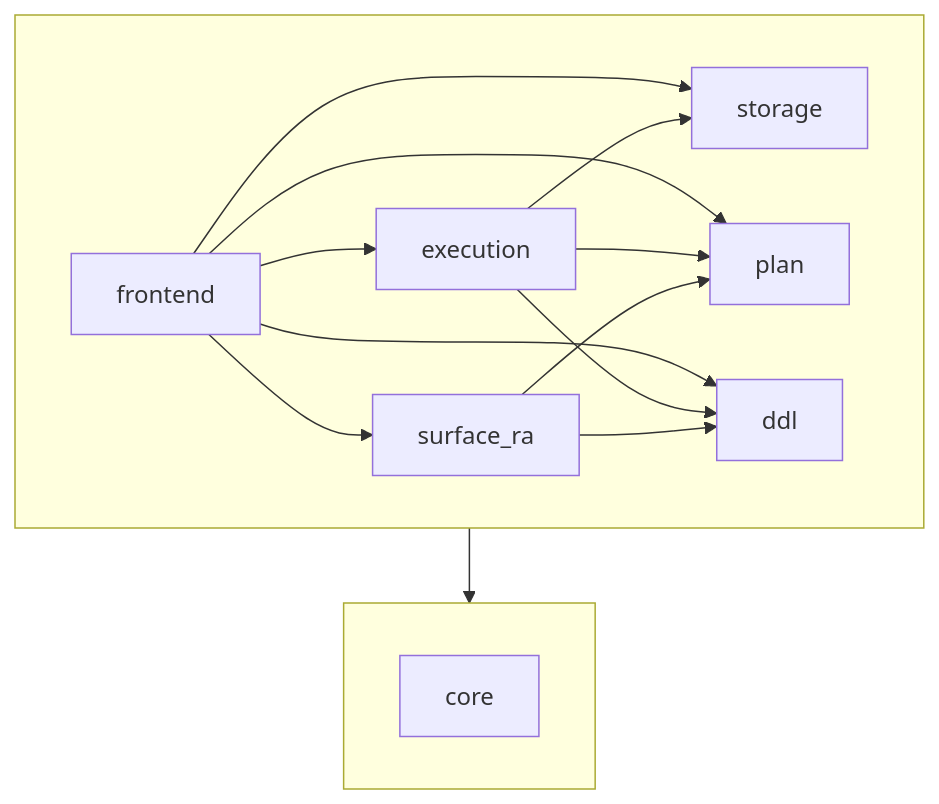
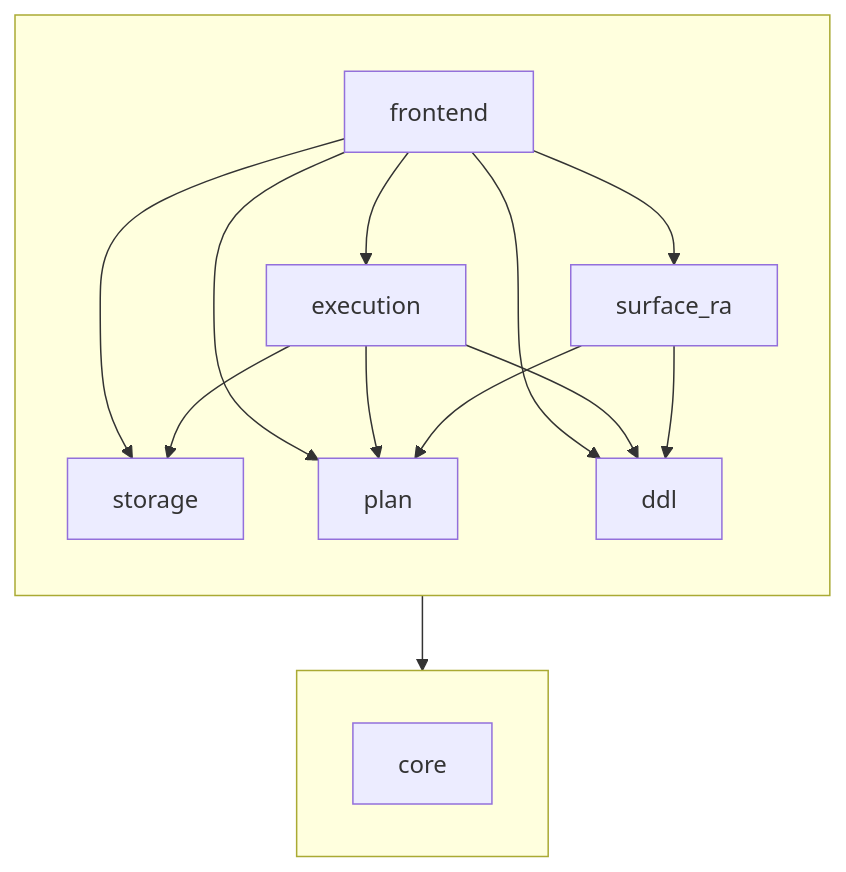
Before and after one commit to notahat/dovetail: the diagram in docs/sub-library-dependencies.md, drawn with Mermaid.

Commit message:
Force top-to-bottom layout in upper subgraph

````diff
--- a/docs/sub-library-dependencies.md
+++ b/docs/sub-library-dependencies.md
@@ -10,30 +10,31 @@
 ```mermaid
 graph TD
   subgraph upper [ ]
+    direction TB
     storage[storage]
     plan[plan]
     ddl[ddl]
     surface_ra[surface_ra]
     execution[execution]
     frontend[frontend]
 
     surface_ra --> plan
     surface_ra --> ddl
 
     execution --> storage
     execution --> plan
     execution --> ddl
 
     frontend --> storage
     frontend --> plan
     frontend --> ddl
     frontend --> surface_ra
     frontend --> execution
   end
 
   subgraph foundation [ ]
     core[core]
   end
 
   upper --> foundation
 ```
````
